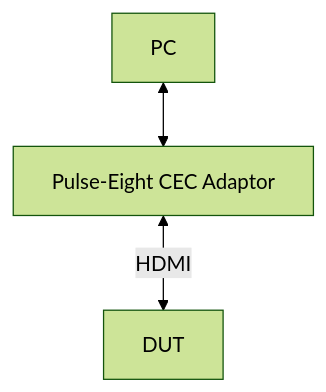
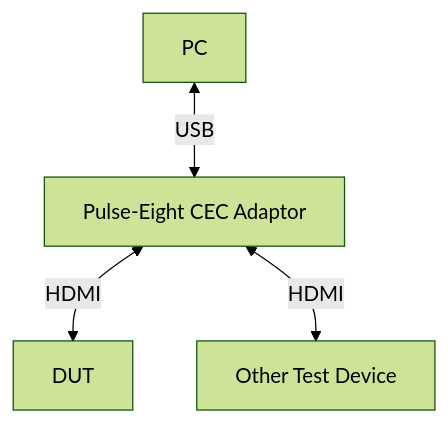
The diagram in docs/pages/hdmi-cec-L3_TestProcedure.md (rdkcentral/rdk-halif-test-hdmi_cec), drawn with Mermaid (forest theme) before and after one commit. The commit also changed other lines of this file, not shown here.

First line of the commit message:
gh #44 L3 test case development

````diff
--- a/docs/pages/hdmi-cec-L3_TestProcedure.md
+++ b/docs/pages/hdmi-cec-L3_TestProcedure.md
@@ -35,5 +35,6 @@
 ```mermaid
 graph TB
-C[PC] <--> A
+C[PC] <--> |USB| A
 A[Pulse-Eight CEC Adaptor ] <--> |HDMI| B[DUT]
+A[Pulse-Eight CEC Adaptor ] <--> |HDMI| D[Other Test Device]
 ```
````
